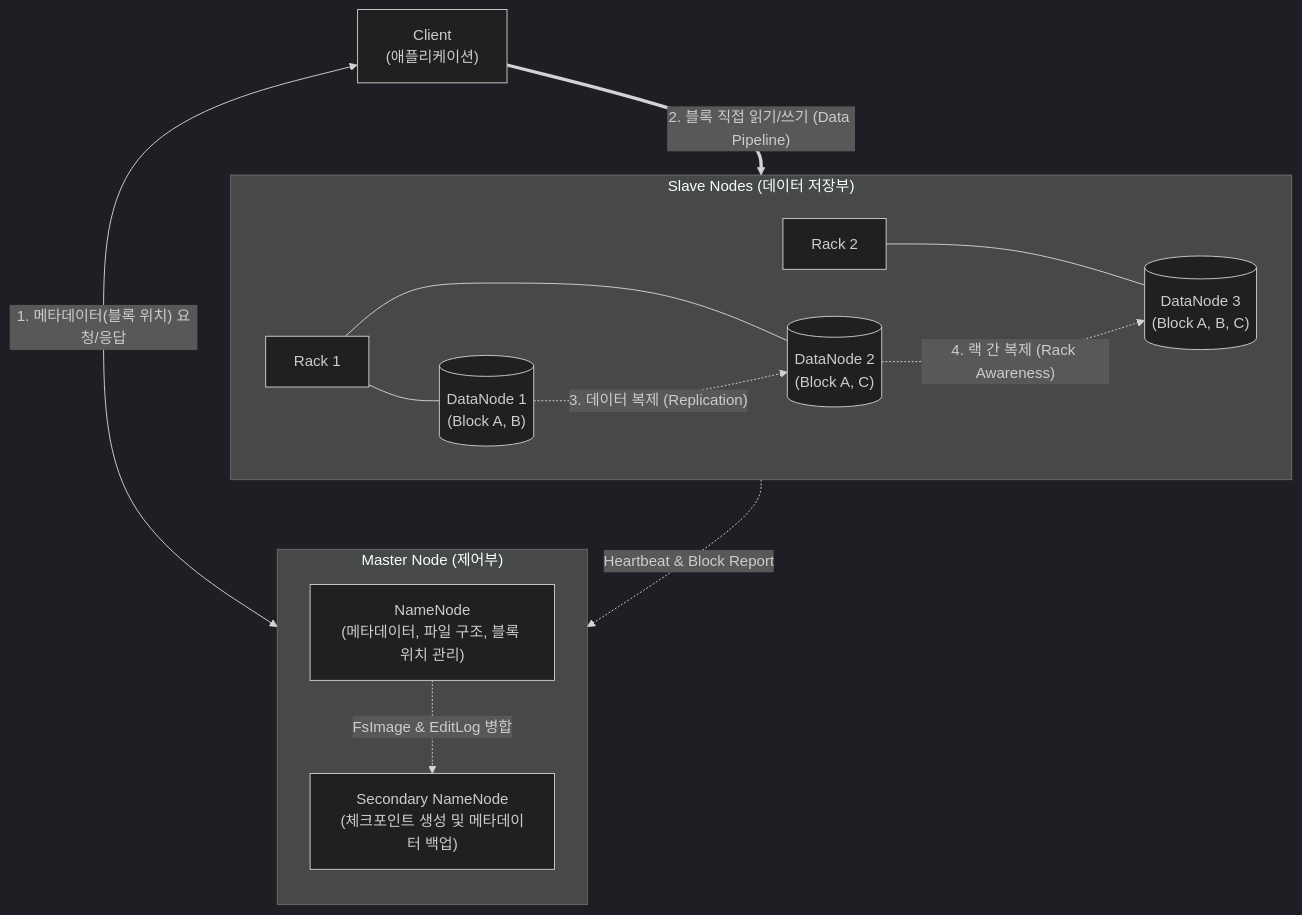
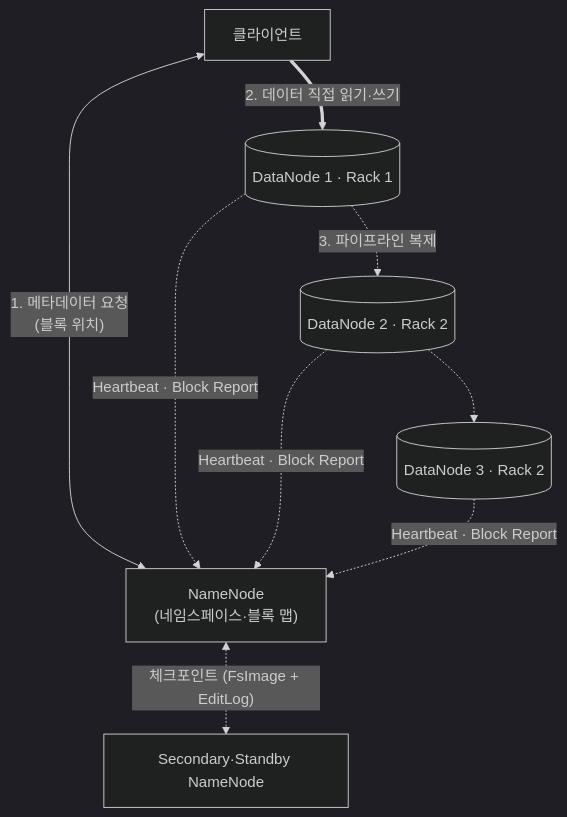
Before and after one commit to supremethumb/supremethumb.github.io: the diagram in content/01_IT Tech/HDFS.md, drawn with Mermaid (dark theme). The commit also changed other lines of this file and 1087 other files, not shown here.

````diff
--- a/content/01_IT Tech/HDFS.md
+++ b/content/01_IT Tech/HDFS.md
@@ -26,33 +35,9 @@
 ```mermaid
-flowchart TD
-    subgraph Control_Plane ["Master Node (제어부)"]
-        direction TB
-        NN["NameNode<br/>(메타데이터, 파일 구조, 블록 위치 관리)"]
-        SNN["Secondary NameNode<br/>(체크포인트 생성 및 메타데이터 백업)"]
-        NN -. "FsImage & EditLog 병합" .-> SNN
-    end
-
-    Client["Client<br/>(애플리케이션)"]
-
-    subgraph Data_Plane ["Slave Nodes (데이터 저장부)"]
-        direction LR
-        Rack1["Rack 1"]
-        Rack2["Rack 2"]
-        
-        DN1[("DataNode 1<br/>(Block A, B)")]
-        DN2[("DataNode 2<br/>(Block A, C)")]
-        DN3[("DataNode 3<br/>(Block A, B, C)")]
-        
-        Rack1 --- DN1
-        Rack1 --- DN2
-        Rack2 --- DN3
-    end
-
-    Client -- "1. 메타데이터(블록 위치) 요청/응답" <--> NN
-    Client == "2. 블록 직접 읽기/쓰기 (Data Pipeline)" ==> DN1
-    DN1 -. "3. 데이터 복제 (Replication)" .-> DN2
-    DN2 -. "4. 랙 간 복제 (Rack Awareness)" .-> DN3
-    
-    Data_Plane -. "Heartbeat & Block Report" .-> NN
-
+flowchart TB
+    C["클라이언트"] <-->|"1. 메타데이터 요청<br/>(블록 위치)"| NN["NameNode<br/>(네임스페이스·블록 맵)"]
+    C ==>|"2. 데이터 직접 읽기·쓰기"| D1[("DataNode 1 · Rack 1")]
+    D1 -.->|"3. 파이프라인 복제"| D2[("DataNode 2 · Rack 2")]
+    D2 -.-> D3[("DataNode 3 · Rack 2")]
+    D1 & D2 & D3 -. "Heartbeat · Block Report" .-> NN
+    NN <-.->|"체크포인트 (FsImage + EditLog)"| SN["Secondary·Standby NameNode"]
 ```
````
